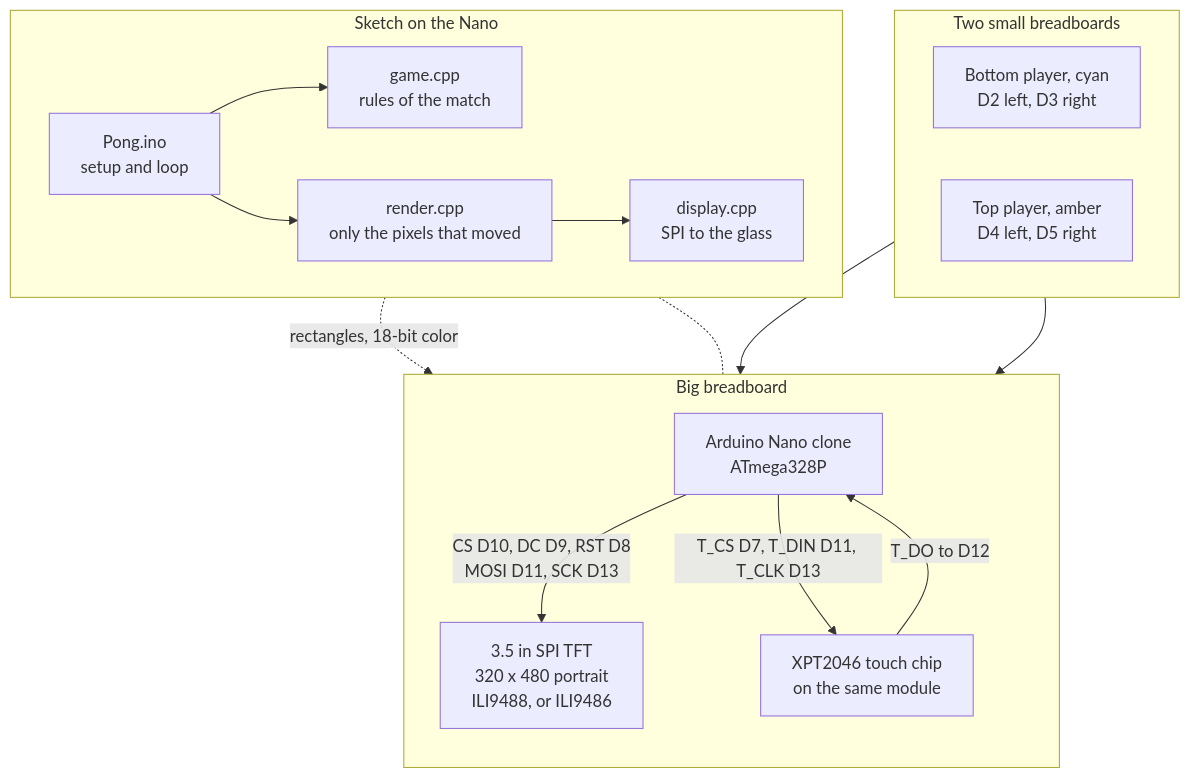
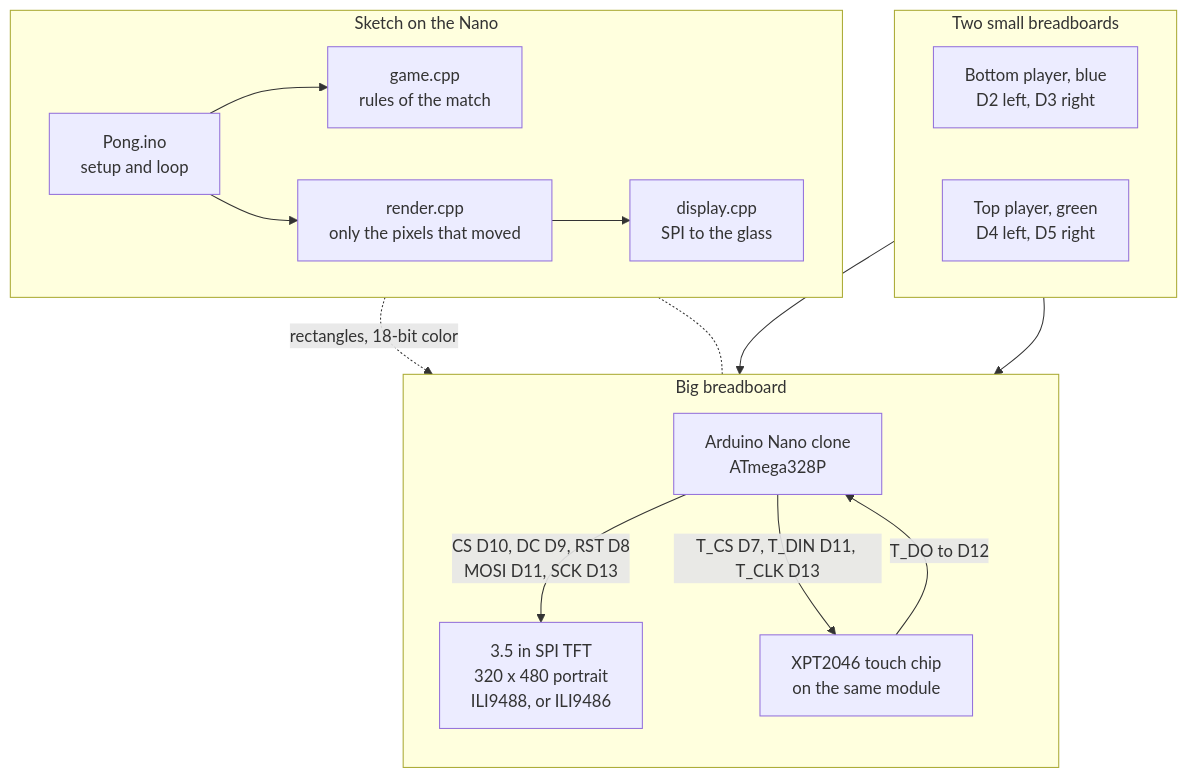
One commit to hronkrobotics/pong-tft changed the first of 5 diagrams in docs/ARCHITECTURE.md. Above: the diagram before and after it, drawn with Mermaid. The commit also changed other lines of this file and 6 other files, not shown here.

Commit message:
Color the bottom paddle blue and the top paddle green to match the button boards.

````diff
--- a/docs/ARCHITECTURE.md
+++ b/docs/ARCHITECTURE.md
@@ -11,35 +11,35 @@
 ```mermaid
 flowchart TB
     subgraph Players["Two small breadboards"]
         direction LR
-        BOT["Bottom player, cyan<br/>D2 left, D3 right"]
-        TOP["Top player, amber<br/>D4 left, D5 right"]
+        BOT["Bottom player, blue<br/>D2 left, D3 right"]
+        TOP["Top player, green<br/>D4 left, D5 right"]
     end
 
     subgraph Big["Big breadboard"]
         direction TB
         MCU["Arduino Nano clone<br/>ATmega328P"]
         TFT["3.5 in SPI TFT<br/>320 x 480 portrait<br/>ILI9488, or ILI9486"]
         TOUCH["XPT2046 touch chip<br/>on the same module"]
         MCU -->|"CS D10, DC D9, RST D8<br/>MOSI D11, SCK D13"| TFT
         MCU -->|"T_CS D7, T_DIN D11, T_CLK D13"| TOUCH
         TOUCH -->|"T_DO to D12"| MCU
     end
 
     BOT --> MCU
     TOP --> MCU
 
     subgraph FW["Sketch on the Nano"]
         direction LR
         INO["Pong.ino<br/>setup and loop"]
         GAME["game.cpp<br/>rules of the match"]
         DRAW["render.cpp<br/>only the pixels that moved"]
         PANEL["display.cpp<br/>SPI to the glass"]
         INO --> GAME
         INO --> DRAW
         DRAW --> PANEL
     end
 
     MCU -.- FW
     PANEL -.->|"rectangles, 18-bit color"| TFT
 ```
````
